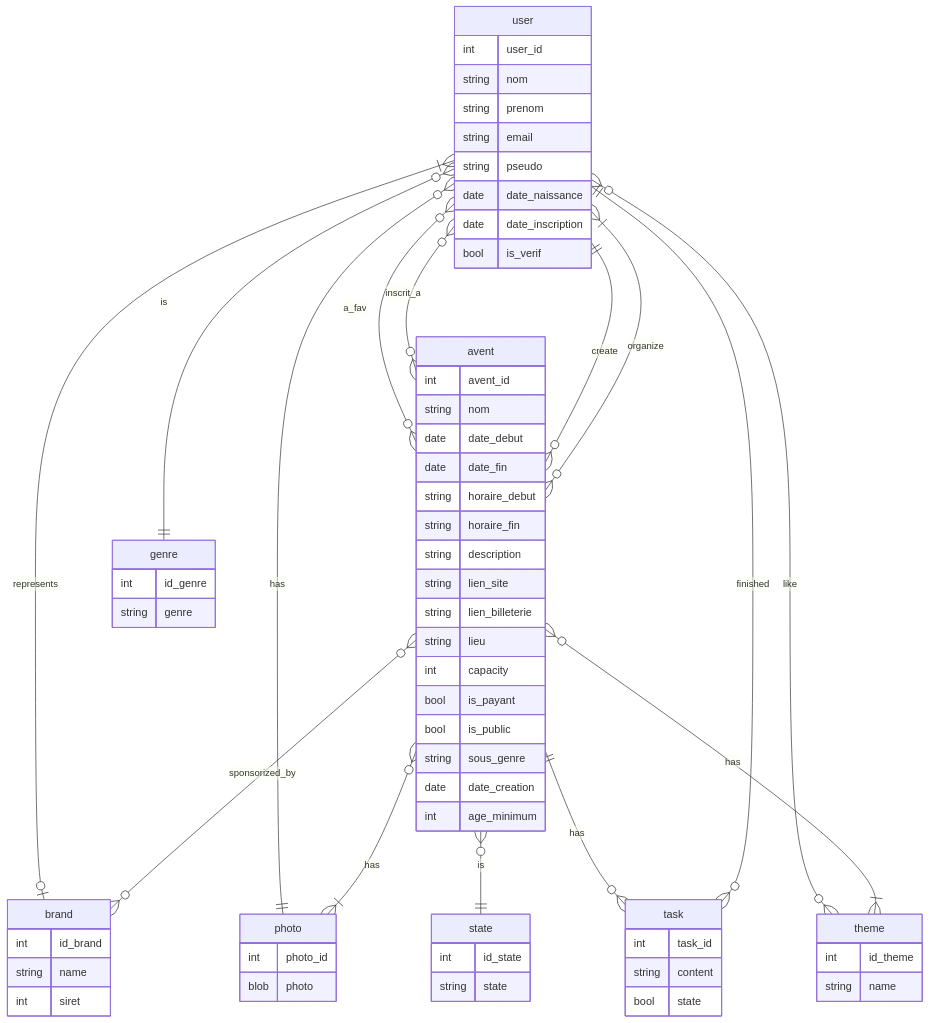
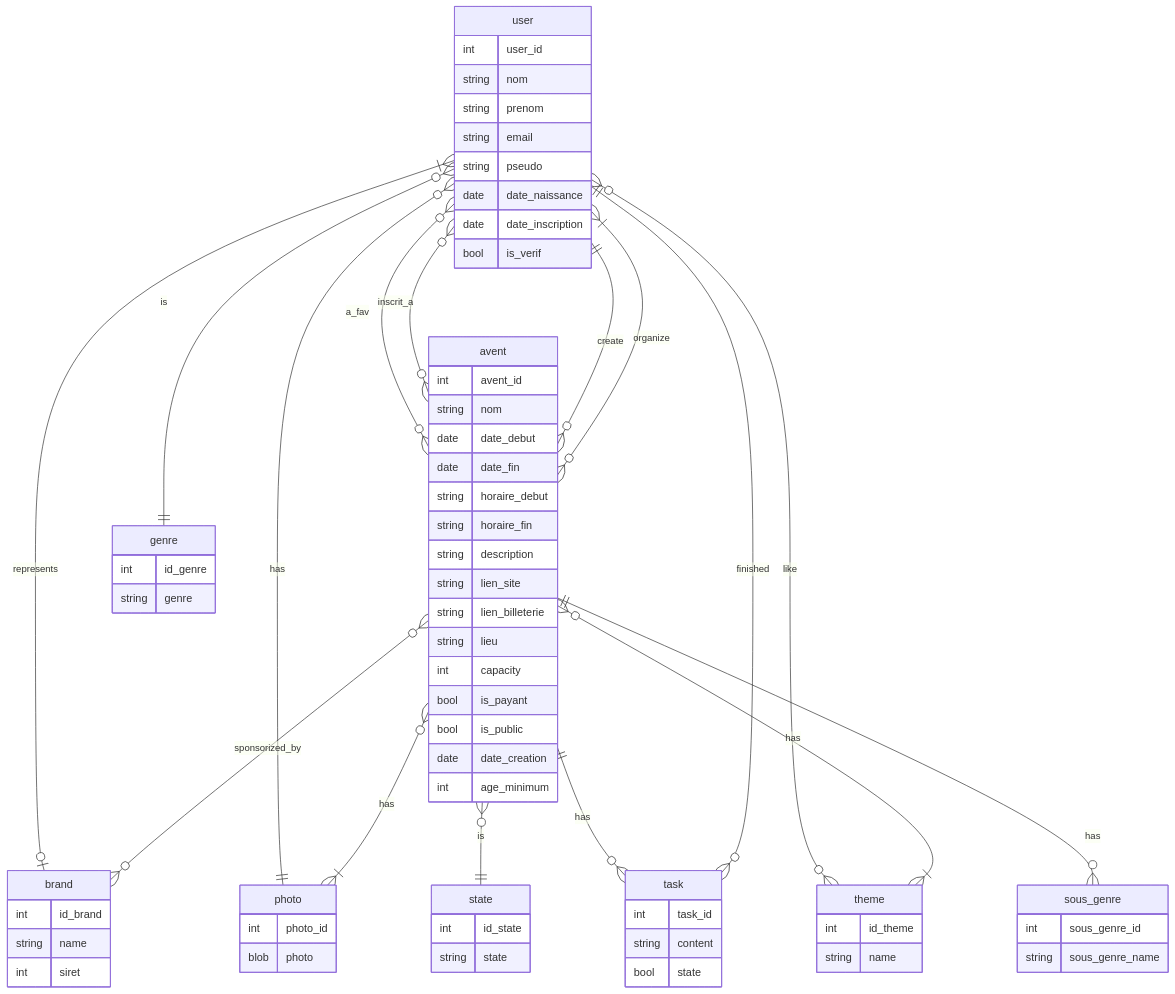
Before and after one commit to AnisChara/Avent: the diagram in Doc/db_diagramm.md, drawn with Mermaid. The commit also changed 4 other files, not shown here.

```diff
--- a/Doc/db_diagramm.md
+++ b/Doc/db_diagramm.md
@@ -29,7 +29,6 @@
         int capacity
         bool is_payant
         bool is_public
-        string sous_genre
         date date_creation
         int age_minimum
     }
@@ -66,6 +65,11 @@
         blob photo
     }
 
+    sous_genre {
+        int sous_genre_id
+        string sous_genre_name
+    }
+
     user }|--o| brand : represents
     user }o--|| genre : is
     user }o--|| photo : has
@@ -80,6 +84,7 @@
     avent }o--|{ user : organize
     avent }o--o{ brand : sponsorized_by
     avent }o--|{ theme : has
+    avent ||--o{ sous_genre : has
 
     task }o--|| user : finished
 
```
